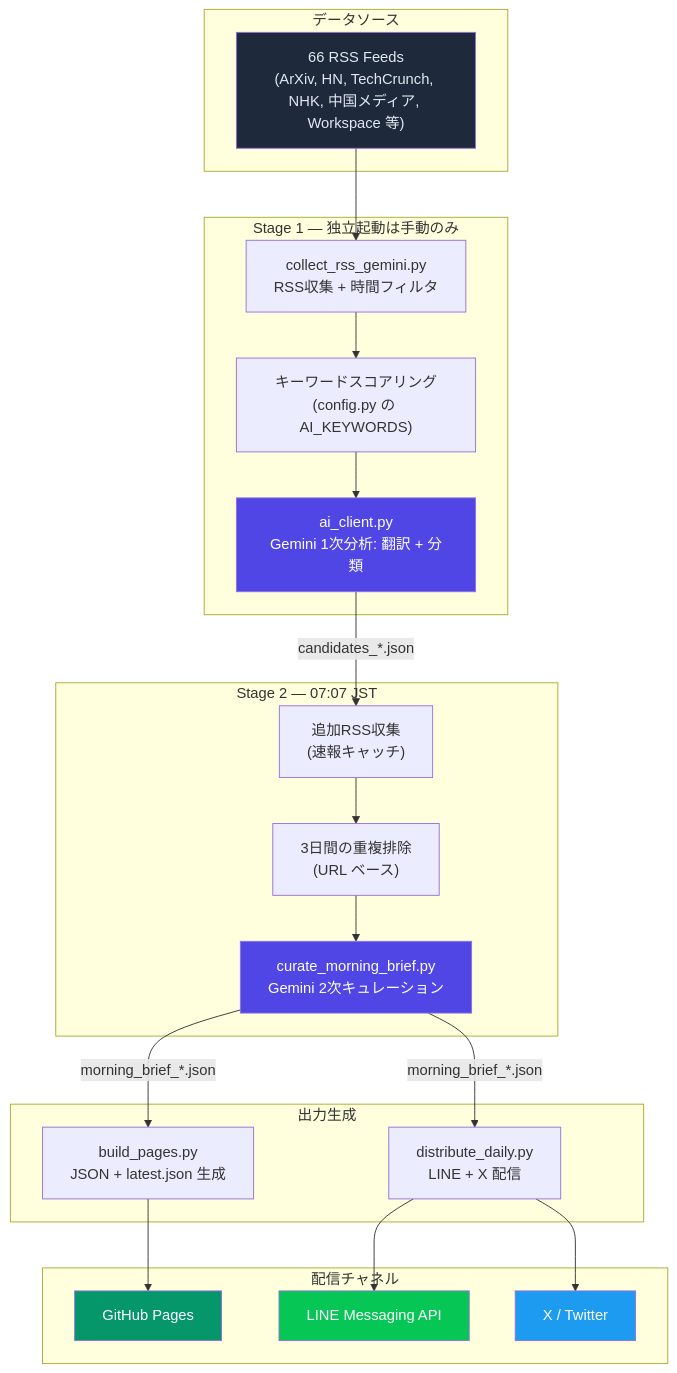
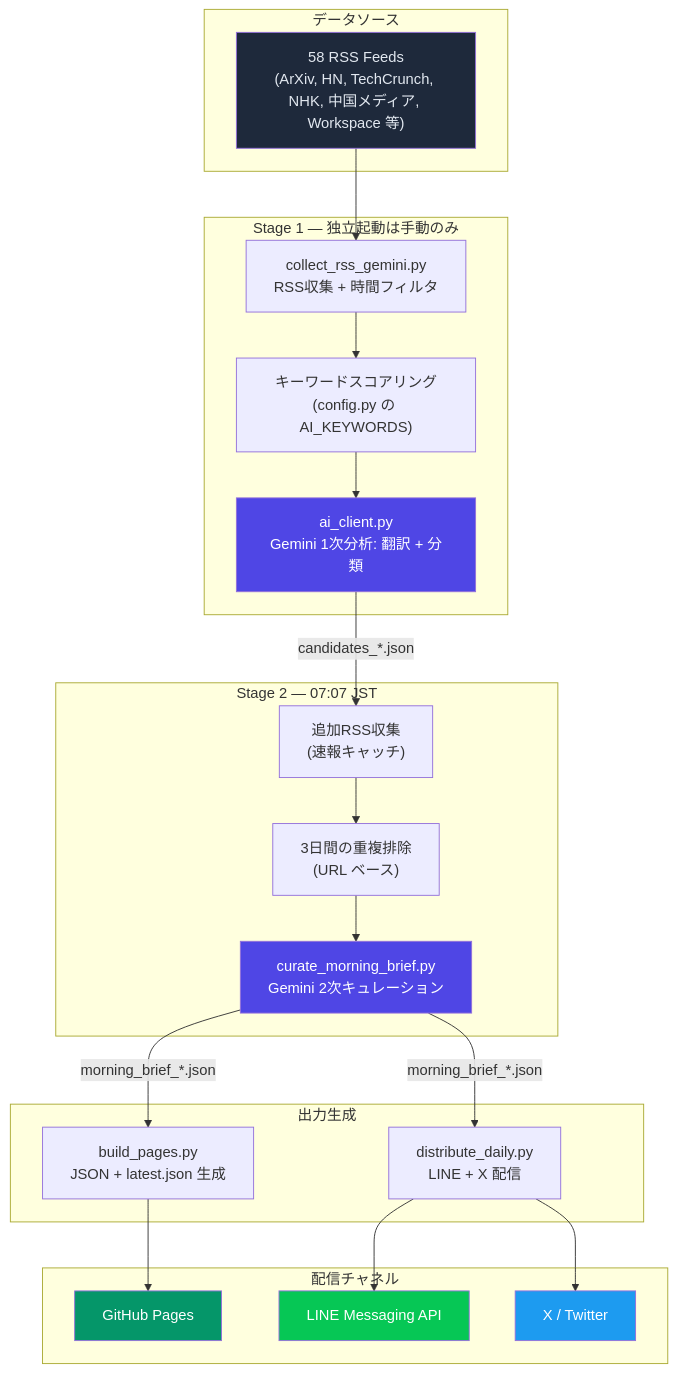
Before and after one commit to TadFuji/ai-news-bot: the diagram in README.md, drawn with Mermaid. The commit also changed other lines of this file and 6 other files, not shown here.

Commit message:
fix: update broken RSS feeds and prune discontinued sources (66 -> 58)

````diff
--- a/README.md
+++ b/README.md
@@ -72,45 +72,45 @@
 ```mermaid
 graph TD
     subgraph "データソース"
-        RSS["66 RSS Feeds<br/>(ArXiv, HN, TechCrunch, NHK, 中国メディア, Workspace 等)"]
+        RSS["58 RSS Feeds<br/>(ArXiv, HN, TechCrunch, NHK, 中国メディア, Workspace 等)"]
     end
 
     subgraph "Stage 1 — 独立起動は手動のみ"
         COLLECT["collect_rss_gemini.py<br/>RSS収集 + 時間フィルタ"]
         SCORE["キーワードスコアリング<br/>(config.py の AI_KEYWORDS)"]
         GEMINI1["ai_client.py<br/>Gemini 1次分析: 翻訳 + 分類"]
     end
 
     subgraph "Stage 2 — 07:07 JST"
         FRESH["追加RSS収集<br/>(速報キャッチ)"]
         DEDUP["3日間の重複排除<br/>(URL ベース)"]
         GEMINI2["curate_morning_brief.py<br/>Gemini 2次キュレーション"]
     end
 
     subgraph "出力生成"
         BUILD["build_pages.py<br/>JSON + latest.json 生成"]
         DIST["distribute_daily.py<br/>LINE + X 配信"]
     end
 
     subgraph "配信チャネル"
         WEB["GitHub Pages"]
         LINE["LINE Messaging API"]
         X["X / Twitter"]
     end
 
     RSS --> COLLECT --> SCORE --> GEMINI1
     GEMINI1 -->|"candidates_*.json"| FRESH
     FRESH --> DEDUP --> GEMINI2
     GEMINI2 -->|"morning_brief_*.json"| BUILD
     GEMINI2 -->|"morning_brief_*.json"| DIST
     BUILD --> WEB
     DIST --> LINE
     DIST --> X
 
     style RSS fill:#1e293b,color:#e2e8f0
     style GEMINI1 fill:#4f46e5,color:#fff
     style GEMINI2 fill:#4f46e5,color:#fff
     style WEB fill:#059669,color:#fff
     style LINE fill:#06c755,color:#fff
     style X fill:#1d9bf0,color:#fff
 ```
````
